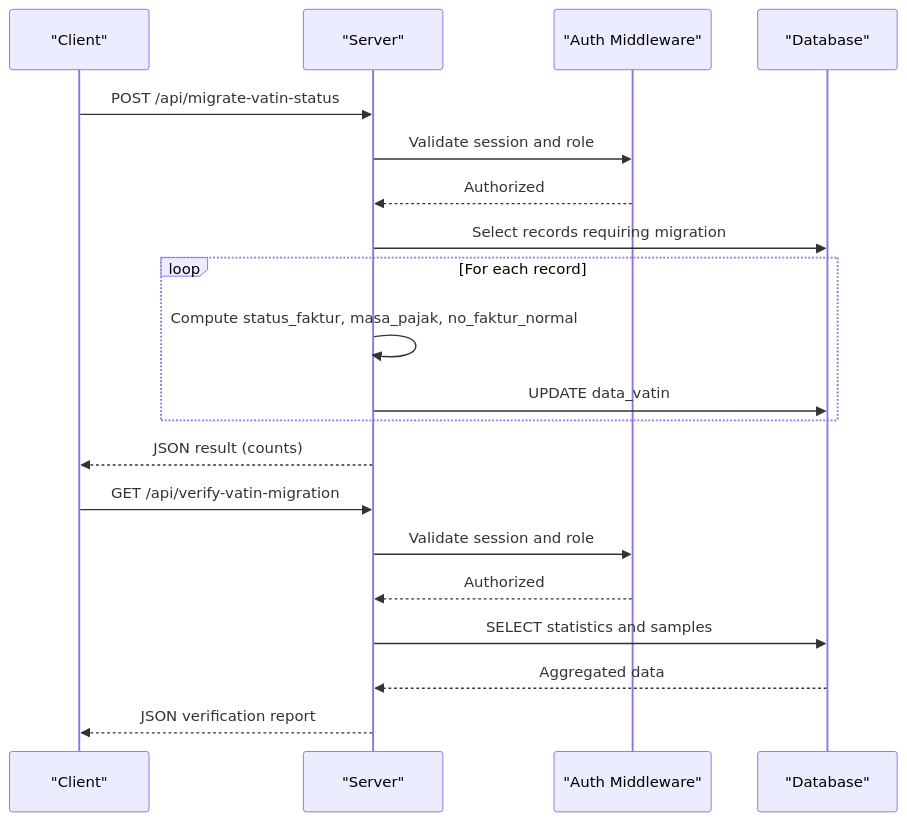
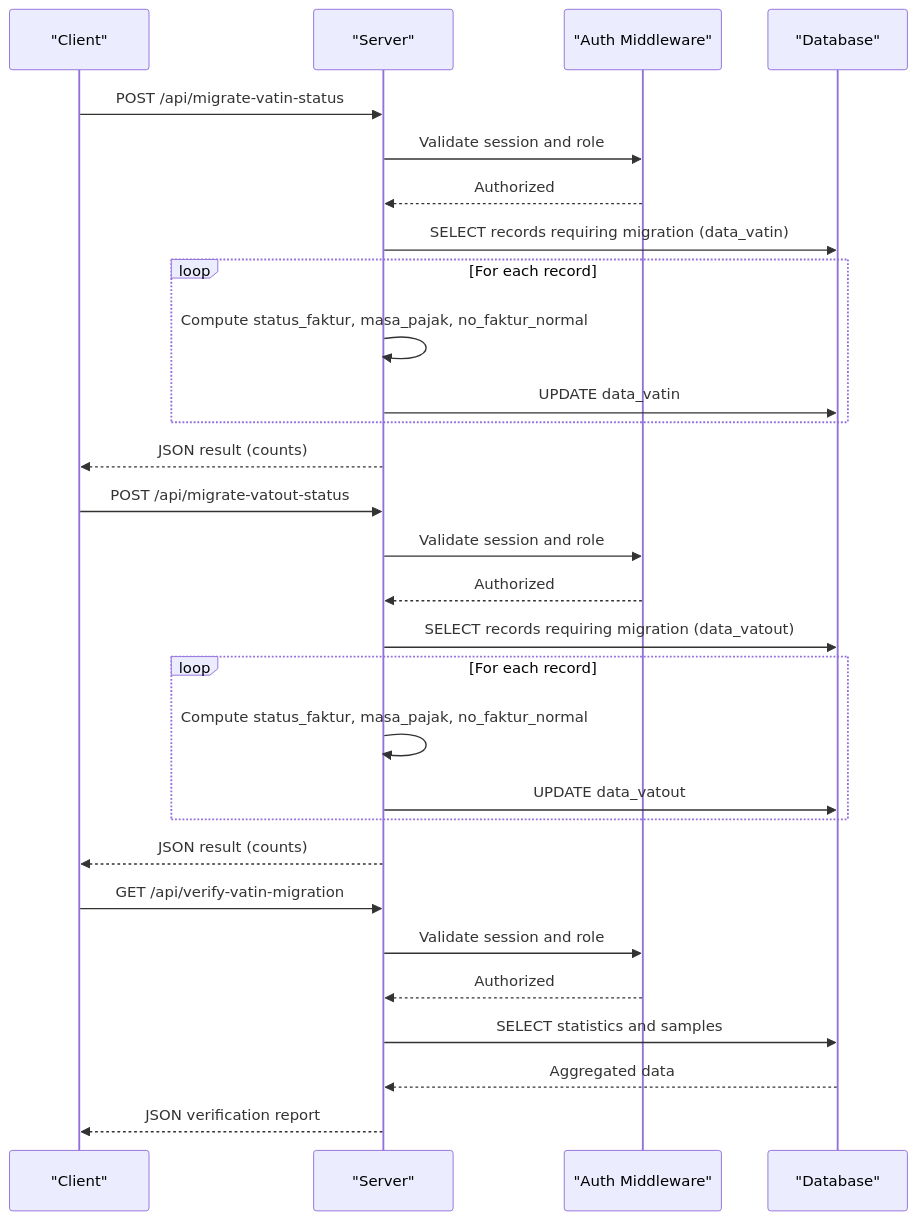
Before and after one commit to rendisiagian/TDS_by_RENDISIAGIAN: the second of 3 diagrams in .qoder/repowiki/en/content/API Reference/REST API Endpoints/Data Migration APIs.md, drawn with Mermaid. The commit also changed other lines of this file and 96 other files, not shown here.

````diff
--- a/.qoder/repowiki/en/content/API Reference/REST API Endpoints/Data Migration APIs.md
+++ b/.qoder/repowiki/en/content/API Reference/REST API Endpoints/Data Migration APIs.md
@@ -64,22 +78,31 @@
 ```mermaid
 sequenceDiagram
 participant C as "Client"
 participant S as "Server"
 participant A as "Auth Middleware"
 participant D as "Database"
 C->>S : POST /api/migrate-vatin-status
 S->>A : Validate session and role
 A-->>S : Authorized
-S->>D : Select records requiring migration
+S->>D : SELECT records requiring migration (data_vatin)
 loop For each record
 S->>S : Compute status_faktur, masa_pajak, no_faktur_normal
 S->>D : UPDATE data_vatin
+end
+S-->>C : JSON result (counts)
+C->>S : POST /api/migrate-vatout-status
+S->>A : Validate session and role
+A-->>S : Authorized
+S->>D : SELECT records requiring migration (data_vatout)
+loop For each record
+S->>S : Compute status_faktur, masa_pajak, no_faktur_normal
+S->>D : UPDATE data_vatout
 end
 S-->>C : JSON result (counts)
 C->>S : GET /api/verify-vatin-migration
 S->>A : Validate session and role
 A-->>S : Authorized
 S->>D : SELECT statistics and samples
 D-->>S : Aggregated data
 S-->>C : JSON verification report
 ```
````
